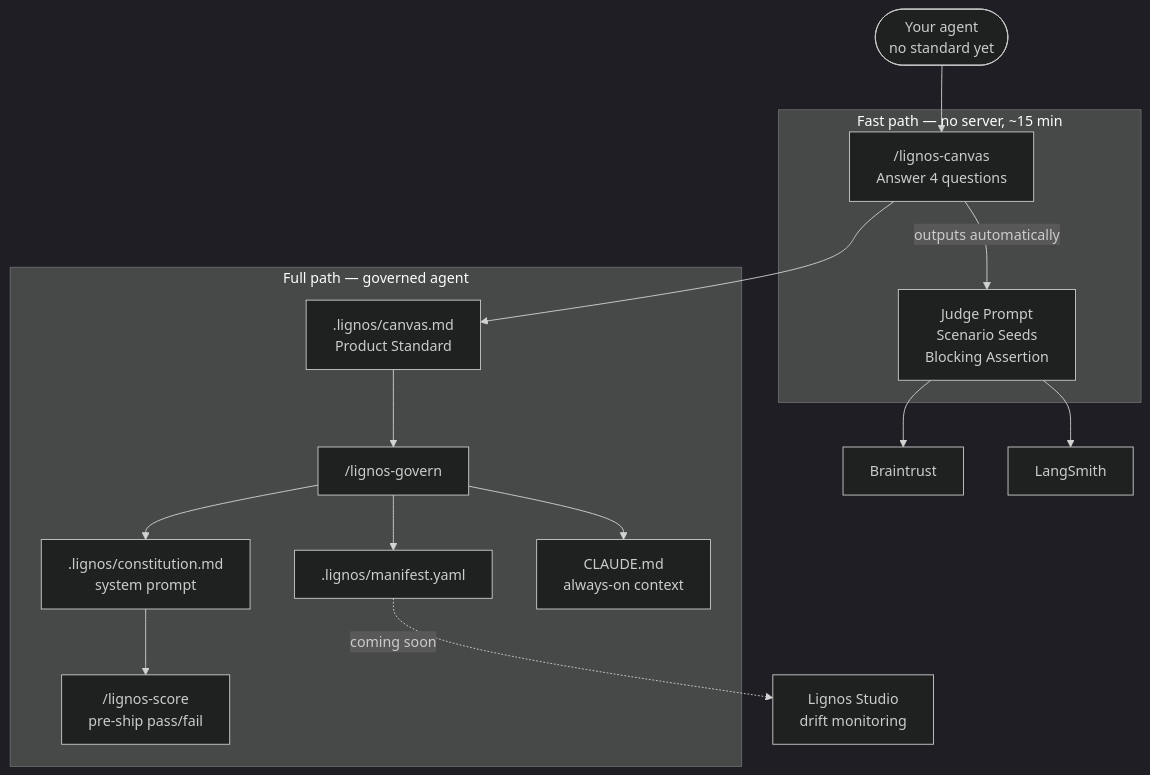
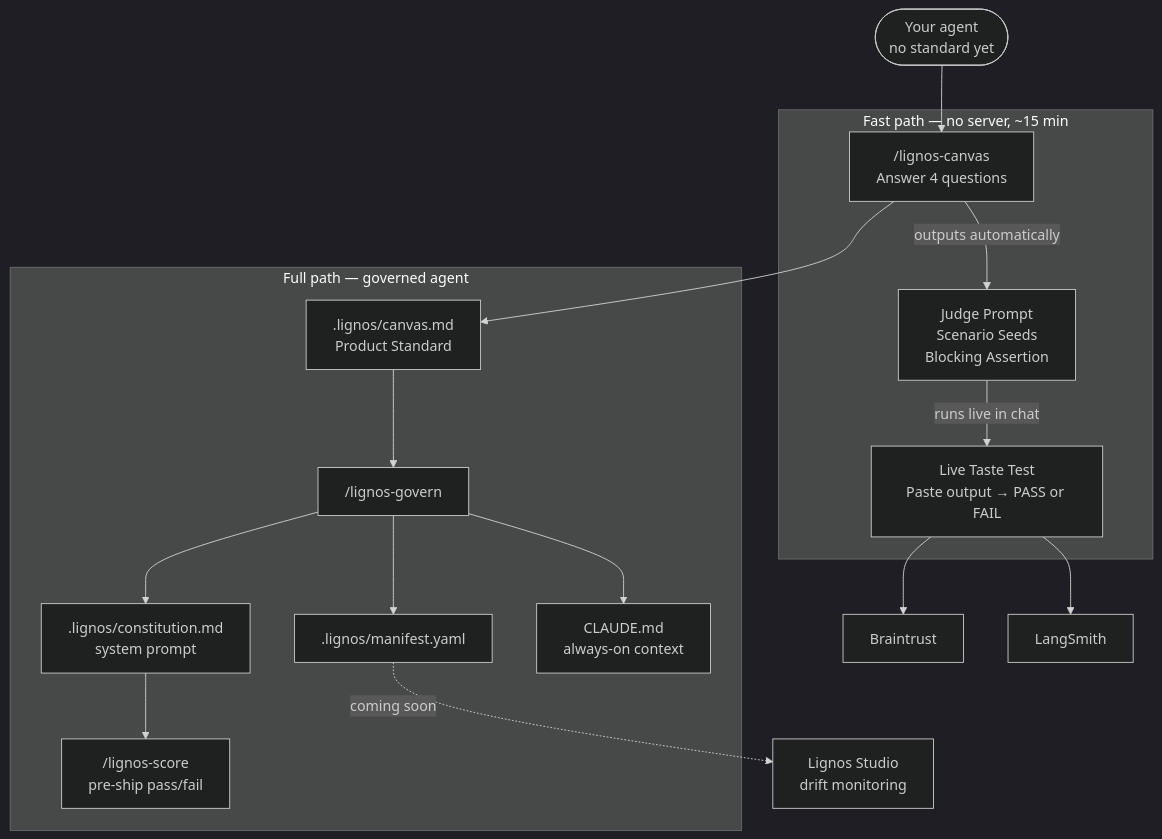
Before and after one commit to lignos-ai/lignos-labs: the diagram in README.md, drawn with Mermaid (dark theme). The commit also changed other lines of this file and 1 other file, not shown here.

First line of the commit message:
docs: reflect live Taste Test in README and skills overview

````diff
--- a/README.md
+++ b/README.md
@@ -60,25 +55,27 @@
 ```mermaid
 flowchart TD
     Start(["Your agent\nno standard yet"]) --> Canvas
 
     subgraph fast["Fast path — no server, ~15 min"]
         Canvas["/lignos-canvas\nAnswer 4 questions"]
         EvalBlock["Judge Prompt\nScenario Seeds\nBlocking Assertion"]
+        TasteTest["Live Taste Test\nPaste output → PASS or FAIL"]
         Canvas -->|"outputs automatically"| EvalBlock
+        EvalBlock -->|"runs live in chat"| TasteTest
     end
 
-    EvalBlock --> BT["Braintrust"]
-    EvalBlock --> LS["LangSmith"]
+    TasteTest --> BT["Braintrust"]
+    TasteTest --> LS["LangSmith"]
 
     Canvas --> CF[".lignos/canvas.md\nProduct Standard"]
 
     subgraph full["Full path — governed agent"]
         CF --> Govern["/lignos-govern"]
         Govern --> SP[".lignos/constitution.md\nsystem prompt"]
         Govern --> MF[".lignos/manifest.yaml"]
         Govern --> CM["CLAUDE.md\nalways-on context"]
         SP --> Score["/lignos-score\npre-ship pass/fail"]
     end
 
     MF -.->|"coming soon"| Studio["Lignos Studio\ndrift monitoring"]
 ```
````
